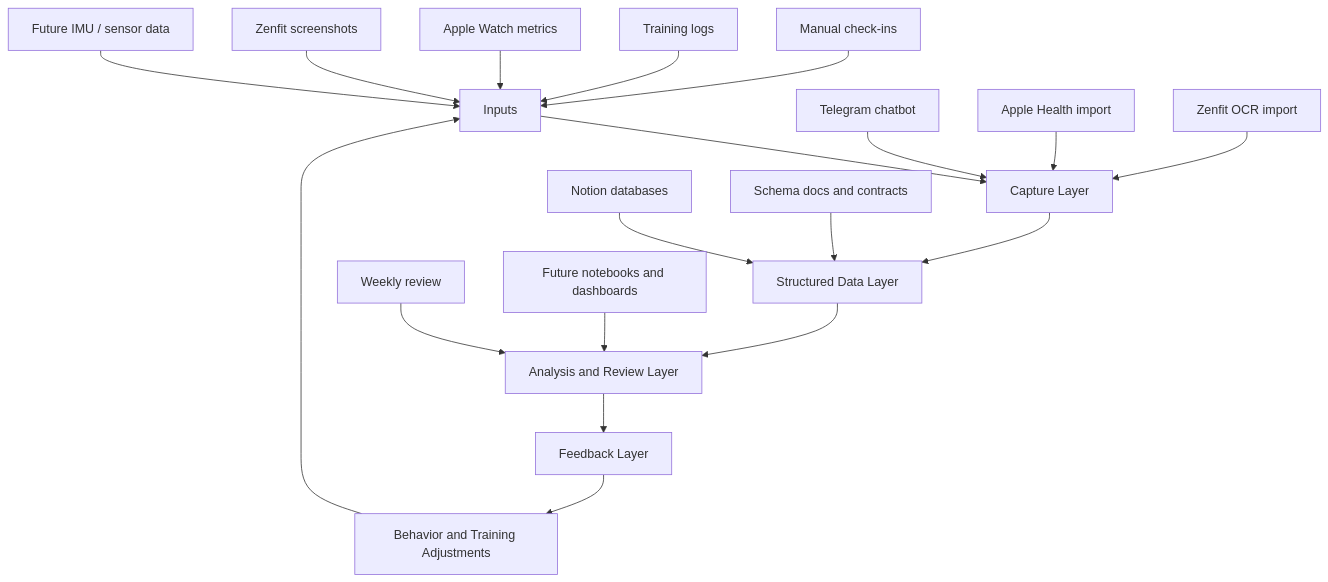
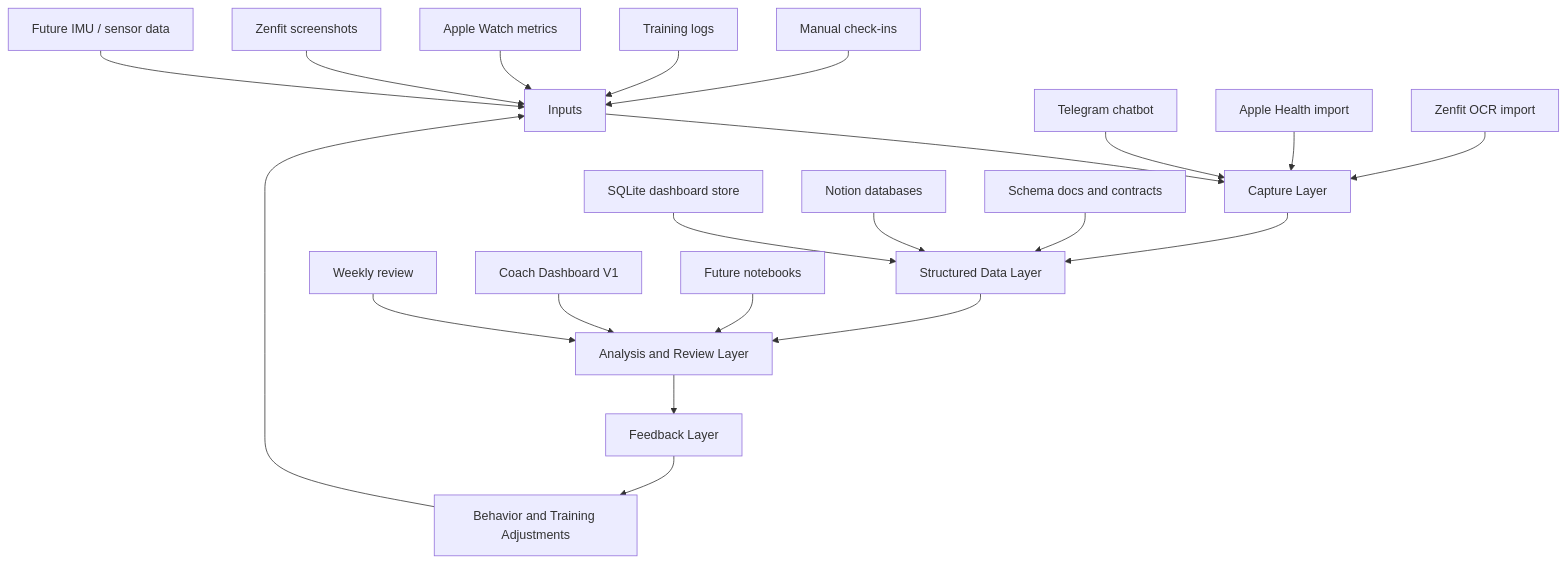
The diagram in docs/architecture.md (haleyparks329/the-human-model), drawn with Mermaid before and after one commit. The commit also changed other lines of this file and 8 other files, not shown here.

````diff
--- a/docs/architecture.md
+++ b/docs/architecture.md
@@ -5,23 +5,25 @@
 ```mermaid
 flowchart TD
     A[Inputs] --> B[Capture Layer]
     B --> C[Structured Data Layer]
     C --> D[Analysis and Review Layer]
     D --> E[Feedback Layer]
     E --> F[Behavior and Training Adjustments]
     F --> A
 
     A1[Manual check-ins] --> A
     A2[Training logs] --> A
     A3[Apple Watch metrics] --> A
     A4[Zenfit screenshots] --> A
     A5[Future IMU / sensor data] --> A
 
     B1[Telegram chatbot] --> B
     B2[Apple Health import] --> B
     B3[Zenfit OCR import] --> B
-    C1[Notion databases] --> C
-    C2[Schema docs and contracts] --> C
+    C1[SQLite dashboard store] --> C
+    C2[Notion databases] --> C
+    C3[Schema docs and contracts] --> C
     D1[Weekly review] --> D
-    D2[Future notebooks and dashboards] --> D
+    D2[Coach Dashboard V1] --> D
+    D3[Future notebooks] --> D
 ```
````
